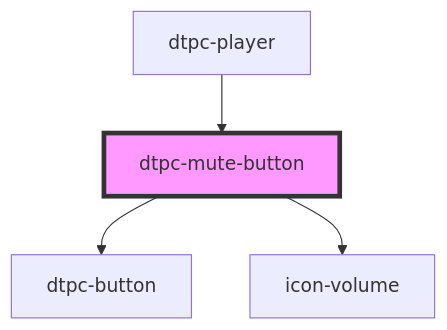
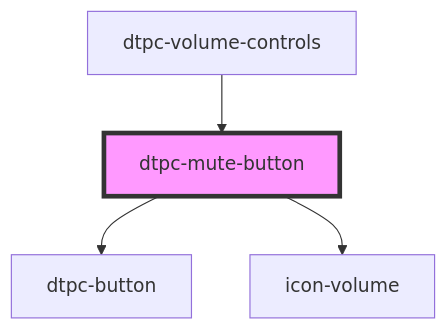
One commit to PRX/Dovetail-Wordpress-Plugin changed the diagram in packages/blocks/player/web-components/src/components/dtpc-mute-button/readme.md. Above: the diagram before and after it, drawn with Mermaid. The commit also changed other lines of this file and 90 other files, not shown here.

First line of the commit message:
feat(player): add volume controls component and block

````diff
--- a/packages/blocks/player/web-components/src/components/dtpc-mute-button/readme.md
+++ b/packages/blocks/player/web-components/src/components/dtpc-mute-button/readme.md
@@ -27,7 +27,7 @@
 ```mermaid
 graph TD;
   dtpc-mute-button --> dtpc-button
   dtpc-mute-button --> icon-volume
-  dtpc-player --> dtpc-mute-button
+  dtpc-volume-controls --> dtpc-mute-button
   style dtpc-mute-button fill:#f9f,stroke:#333,stroke-width:4px
 ```
````
